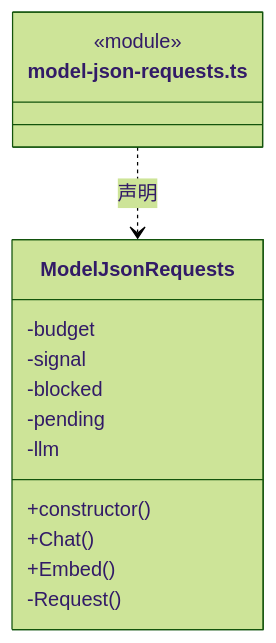
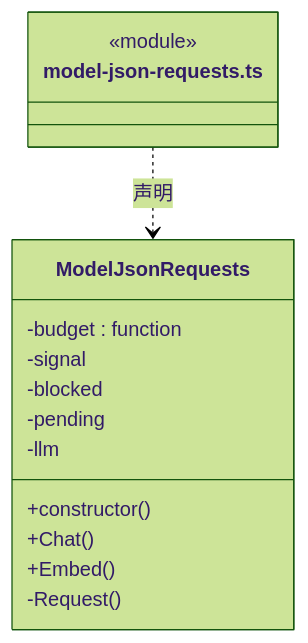
Before and after one commit to nan023062/cbim: the first of 5 diagrams in src/logic/execution/engines/transport/ARCHITECTURE.md, drawn with Mermaid (forest theme). The commit also changed other lines of this file and 137 other files, not shown here.

Commit message:
fix: align architecture generator with documentation standards

````diff
--- a/src/logic/execution/engines/transport/ARCHITECTURE.md
+++ b/src/logic/execution/engines/transport/ARCHITECTURE.md
@@ -62,18 +64,18 @@
 ```mermaid
 classDiagram
 class N_src_logic_execution_engines_transport_model_json_requests_ts["model-json-requests.ts"] {
   <<module>>
 }
 class N_src_logic_execution_engines_transport_model_json_requests_ts_ModelJsonRequests["ModelJsonRequests"] {
   +constructor()
   +Chat()
   +Embed()
-  -budget
+  -budget : function
   -signal
   -blocked
   -pending
   -llm
   -Request()
 }
 N_src_logic_execution_engines_transport_model_json_requests_ts ..> N_src_logic_execution_engines_transport_model_json_requests_ts_ModelJsonRequests : 声明
 ```
````
